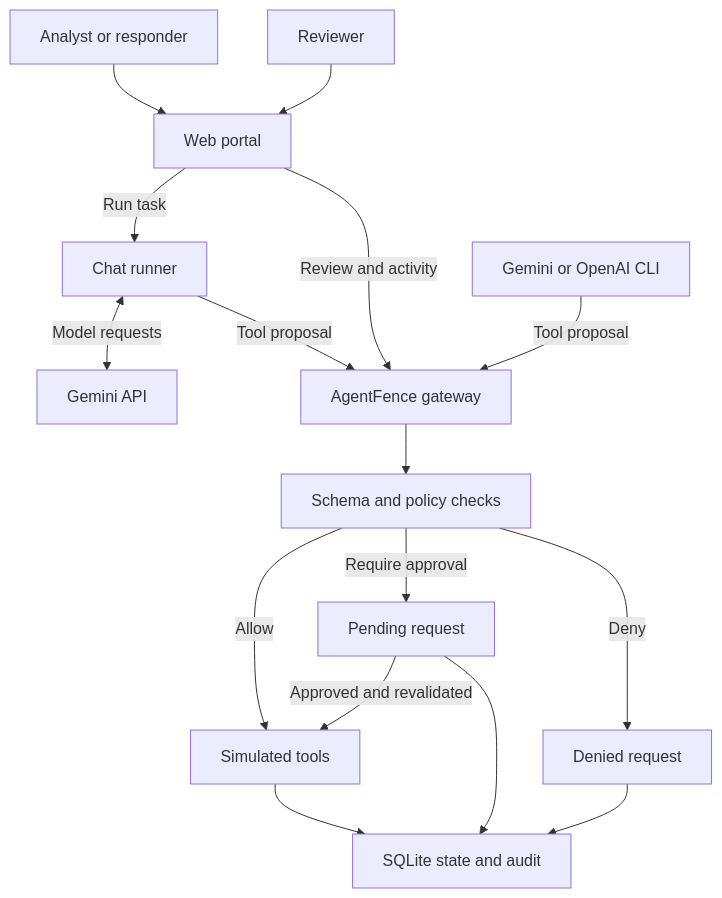
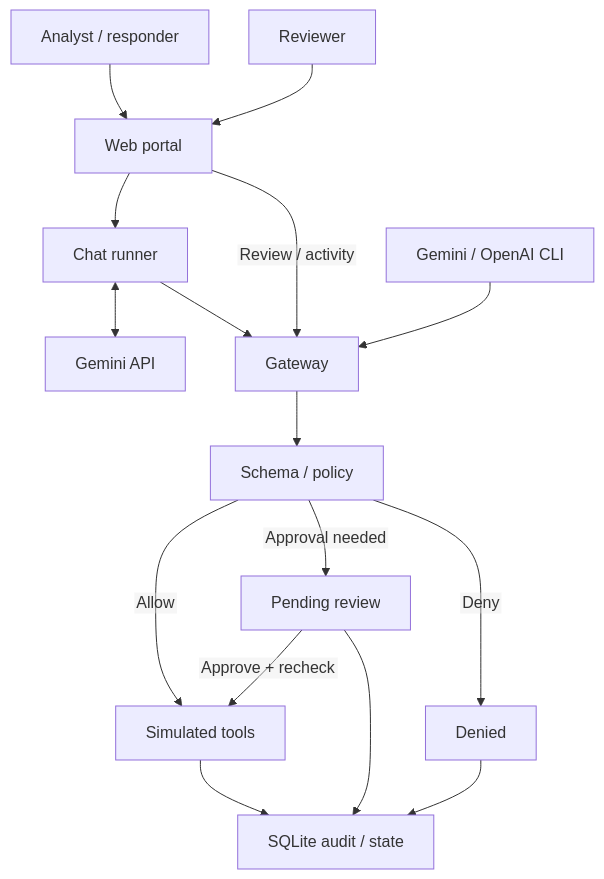
The diagram in README.md (Bharatttt/agentfence), drawn with Mermaid before and after one commit. The commit also changed other lines of this file, not shown here.

Commit message:
docs: improve architecture label rendering and add future enhancements

````diff
--- a/README.md
+++ b/README.md
@@ -22,18 +22,27 @@
 ```mermaid
+---
+config:
+  flowchart:
+    htmlLabels: false
+    nodeSpacing: 40
+    rankSpacing: 55
+  themeVariables:
+    fontFamily: Arial
+---
 flowchart TD
-    U["Analyst or responder"] --> P["Web portal"]
+    U["Analyst / responder"] --> P["Web portal"]
     H["Reviewer"] --> P
-    P -->|"Run task"| R["Chat runner"]
-    R <-->|"Model requests"| M["Gemini API"]
-    R -->|"Tool proposal"| G["AgentFence gateway"]
-    P -->|"Review and activity"| G
-    C["Gemini or OpenAI CLI"] -->|"Tool proposal"| G
-    G --> V["Schema and policy checks"]
+    P --> R["Chat runner"]
+    R <--> M["Gemini API"]
+    R --> G["Gateway"]
+    P -->|"Review / activity"| G
+    C["Gemini / OpenAI CLI"] --> G
+    G --> V["Schema / policy"]
     V -->|"Allow"| T["Simulated tools"]
-    V -->|"Require approval"| A["Pending request"]
-    A -->|"Approved and revalidated"| T
-    V -->|"Deny"| D["Denied request"]
-    T --> S["SQLite state and audit"]
+    V -->|"Approval needed"| A["Pending review"]
+    A -->|"Approve + recheck"| T
+    V -->|"Deny"| D["Denied"]
+    T --> S["SQLite audit / state"]
     A --> S
     D --> S
 ```
````
